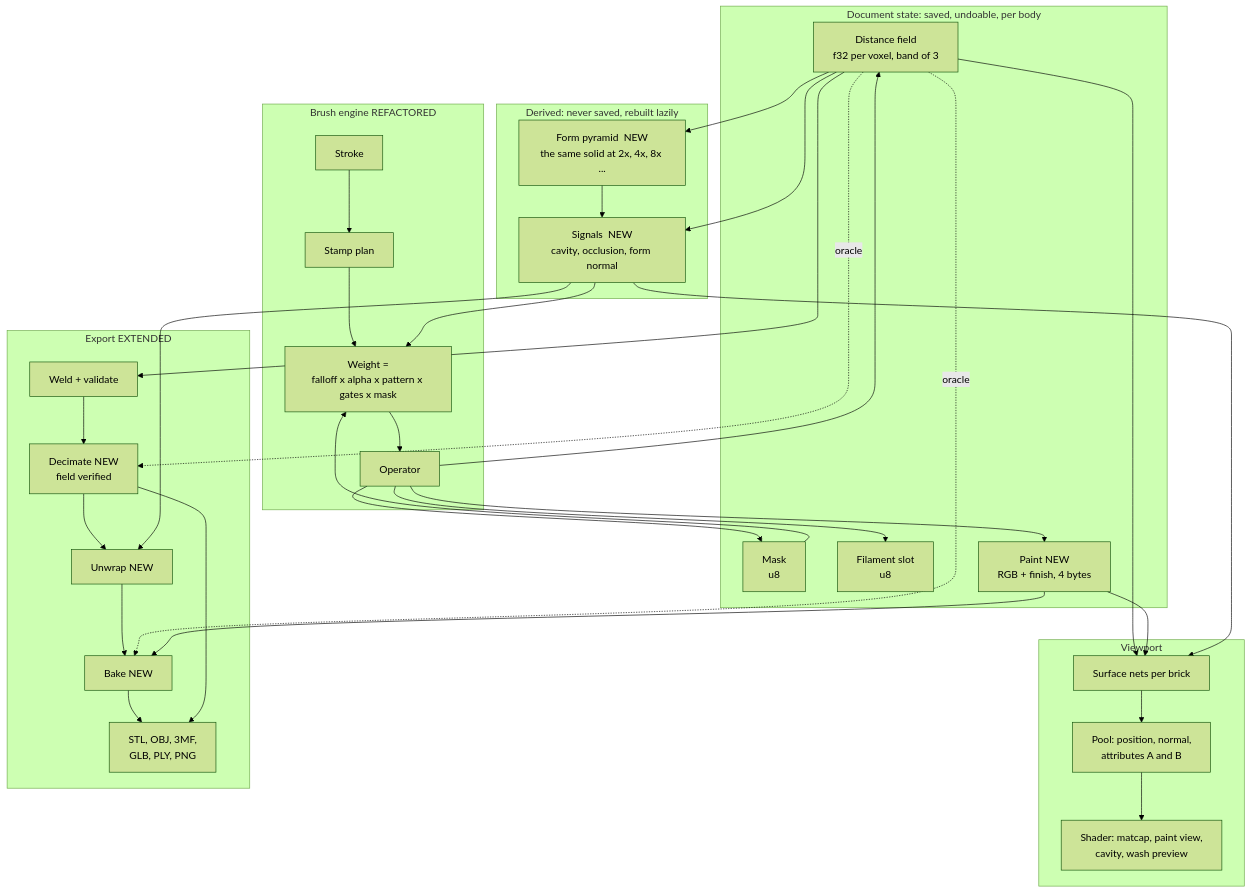
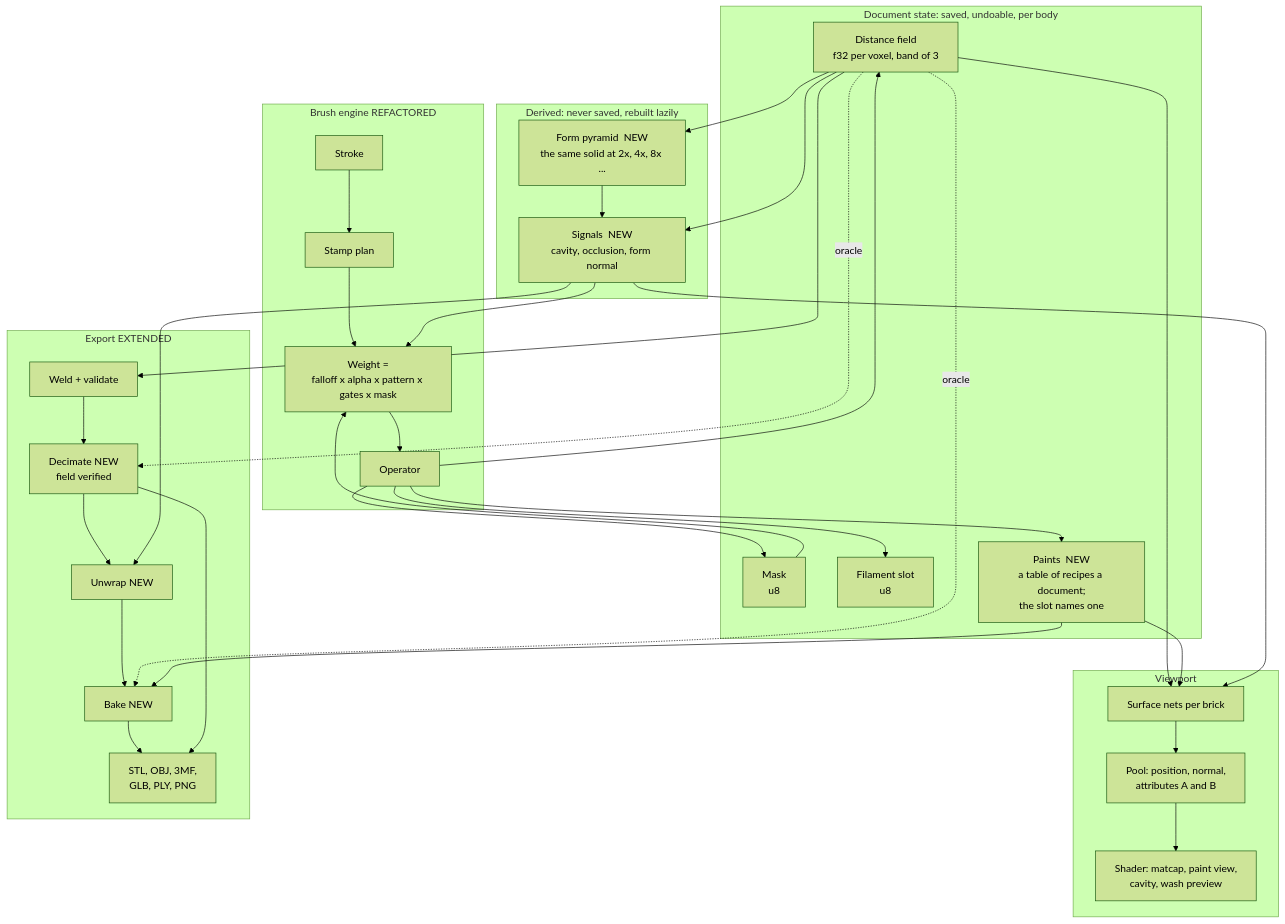
Before and after one commit to DanielJoyce/brokkrsculpt: the first of 8 diagrams in docs/STUDIO-PLAN.md, drawn with Mermaid (forest theme). The commit also changed other lines of this file and 15 other files, not shown here.

First line of the commit message:
Paint with recipes: a wash and a highlight on every paint, worked out from the shape

````diff
--- a/docs/STUDIO-PLAN.md
+++ b/docs/STUDIO-PLAN.md
@@ -210,53 +214,53 @@
 ```mermaid
 flowchart TB
     subgraph DOC["Document state: saved, undoable, per body"]
         F["Distance field<br/>f32 per voxel, band of 3"]
         M["Mask<br/>u8"]
         SL["Filament slot<br/>u8"]
-        P["Paint  NEW<br/>RGB + finish, 4 bytes"]
+        P["Paints  NEW<br/>a table of recipes a document;<br/>the slot names one"]
     end
 
     subgraph DER["Derived: never saved, rebuilt lazily"]
         CP["Form pyramid  NEW<br/>the same solid at 2x, 4x, 8x ..."]
         SIG["Signals  NEW<br/>cavity, occlusion, form normal"]
     end
 
     subgraph ENG["Brush engine  REFACTORED"]
         ST["Stroke"] --> PL["Stamp plan"]
         PL --> W["Weight =<br/>falloff x alpha x pattern x gates x mask"]
         W --> OP["Operator"]
     end
 
     subgraph VIEW["Viewport"]
         MESH["Surface nets per brick"]
         GPU["Pool: position, normal,<br/>attributes A and B"]
         SH["Shader: matcap, paint view,<br/>cavity, wash preview"]
     end
 
     subgraph OUT["Export  EXTENDED"]
         WELD["Weld + validate"]
         DEC["Decimate  NEW<br/>field verified"]
         UV["Unwrap  NEW"]
         BAKE["Bake  NEW"]
         WR["STL, OBJ, 3MF,<br/>GLB, PLY, PNG"]
     end
 
     F --> CP --> SIG
     F --> SIG
     SIG --> W
     M --> W
     OP --> F
     OP --> M
     OP --> SL
     OP --> P
     F --> MESH
     P --> MESH
     SIG --> MESH
     MESH --> GPU --> SH
     F --> WELD --> DEC --> UV --> BAKE --> WR
     DEC --> WR
     F -. "oracle" .-> DEC
     F -. "oracle" .-> BAKE
     P --> BAKE
     SIG --> UV
 ```
````
